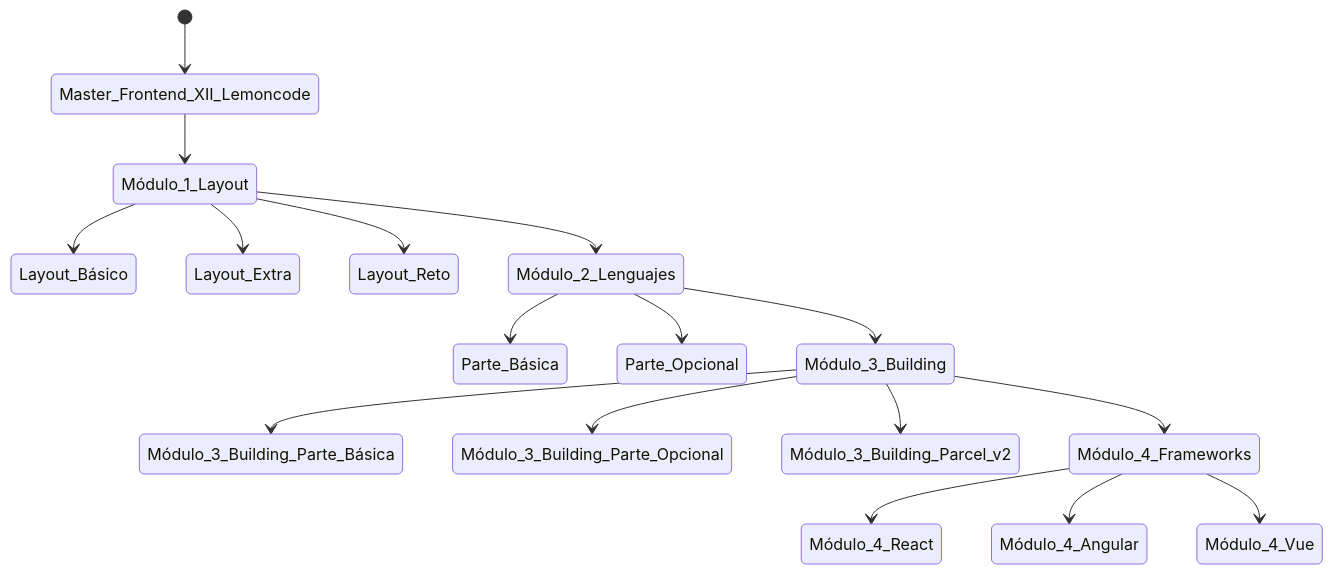
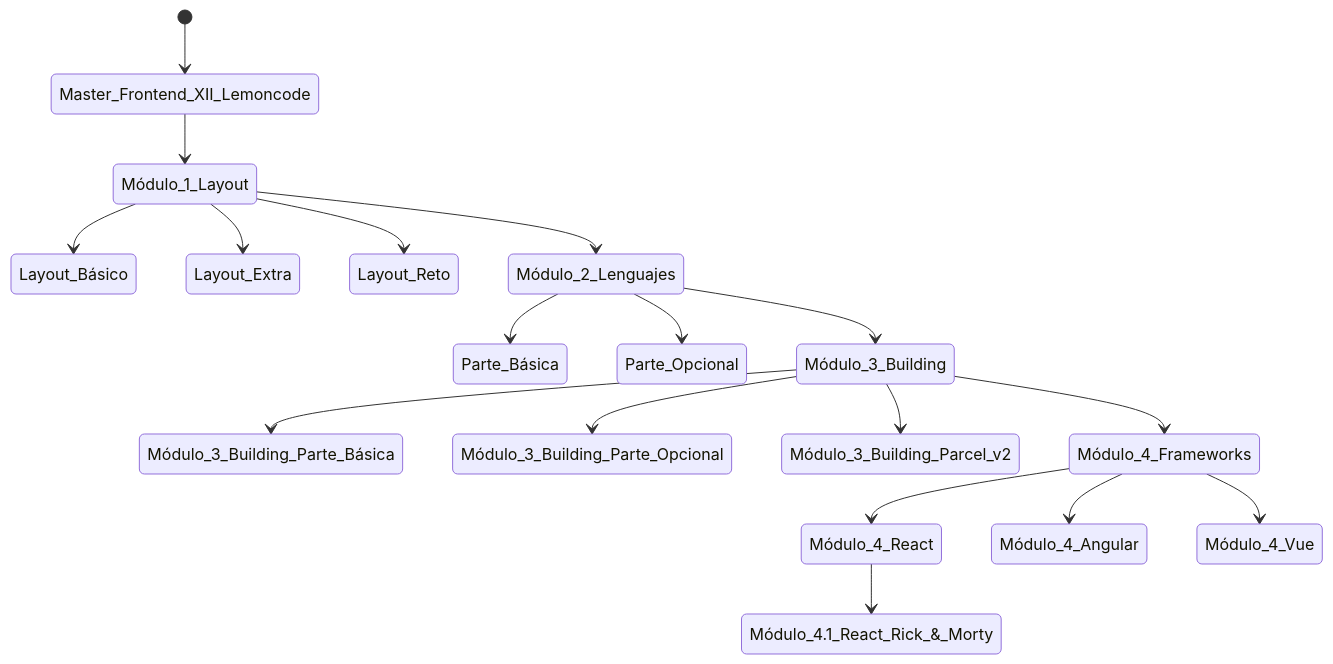
The diagram in README.md (MiguelJiRo/Master-Frontend-XII-Lemoncode), drawn with Mermaid before and after one commit. The commit also changed other lines of this file, not shown here.

````diff
--- a/README.md
+++ b/README.md
@@ -19,19 +22,20 @@
  ```mermaid
     stateDiagram
         [*] --> Master_Frontend_XII_Lemoncode
         Master_Frontend_XII_Lemoncode --> Módulo_1_Layout
         Módulo_1_Layout --> Layout_Básico 
         Módulo_1_Layout --> Layout_Extra  
         Módulo_1_Layout --> Layout_Reto  
         Módulo_1_Layout --> Módulo_2_Lenguajes
         Módulo_2_Lenguajes --> Parte_Básica 
         Módulo_2_Lenguajes --> Parte_Opcional 
         Módulo_2_Lenguajes --> Módulo_3_Building
         Módulo_3_Building --> Módulo_3_Building_Parte_Básica
         Módulo_3_Building --> Módulo_3_Building_Parte_Opcional
         Módulo_3_Building --> Módulo_3_Building_Parcel_v2
         Módulo_3_Building --> Módulo_4_Frameworks
         Módulo_4_Frameworks --> Módulo_4_React
         Módulo_4_Frameworks --> Módulo_4_Angular
         Módulo_4_Frameworks --> Módulo_4_Vue
+        Módulo_4_React --> Módulo_4.1_React_Rick_&_Morty
  ```
````
